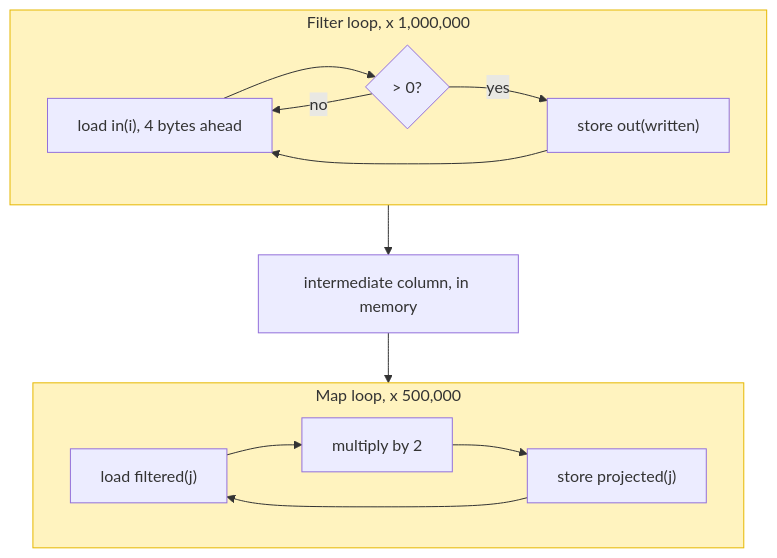
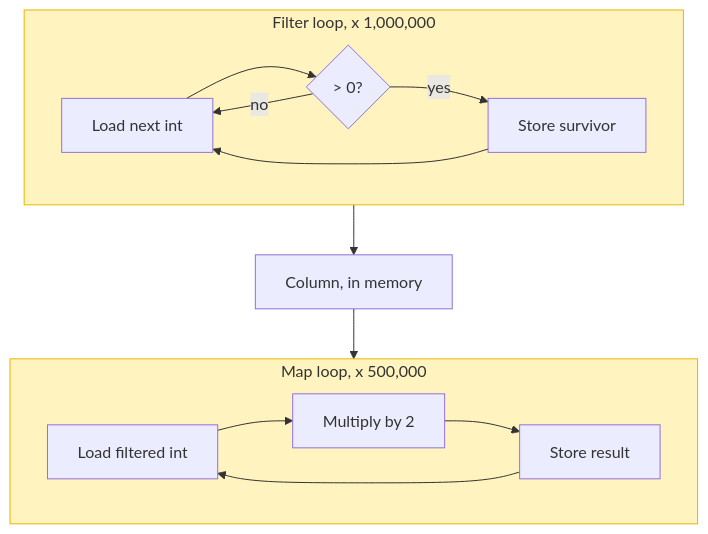
One commit to ewoodbury/ewoodbury.com changed the second of 4 diagrams in content/posts/2026-10-03_sparklet_fusion/index.md. Above: the diagram before and after it, drawn with Mermaid. The commit also changed other lines of this file, not shown here.

Commit message:
Shorten the vectorized post diagram labels.

````diff
--- a/content/posts/2026-10-03_sparklet_fusion/index.md
+++ b/content/posts/2026-10-03_sparklet_fusion/index.md
@@ -121,18 +121,18 @@
 ```mermaid
 flowchart TD
   subgraph filt["Filter loop, x 1,000,000"]
-    f1["load in(i), 4 bytes ahead"] --> f2{"> 0?"}
+    f1["Load next int"] --> f2{"> 0?"}
     f2 -->|no| f1
-    f2 -->|yes| f3["store out(written)"]
+    f2 -->|yes| f3["Store survivor"]
     f3 --> f1
   end
-  mid["intermediate column, in memory"]
+  mid["Column, in memory"]
   subgraph proj["Map loop, x 500,000"]
-    p1["load filtered(j)"] --> p2["multiply by 2"]
-    p2 --> p3["store projected(j)"]
+    p1["Load filtered int"] --> p2["Multiply by 2"]
+    p2 --> p3["Store result"]
     p3 --> p1
   end
   filt --> mid --> proj
   style filt fill:#fff3bf,stroke:#e6b800
   style proj fill:#fff3bf,stroke:#e6b800
 ```
````
